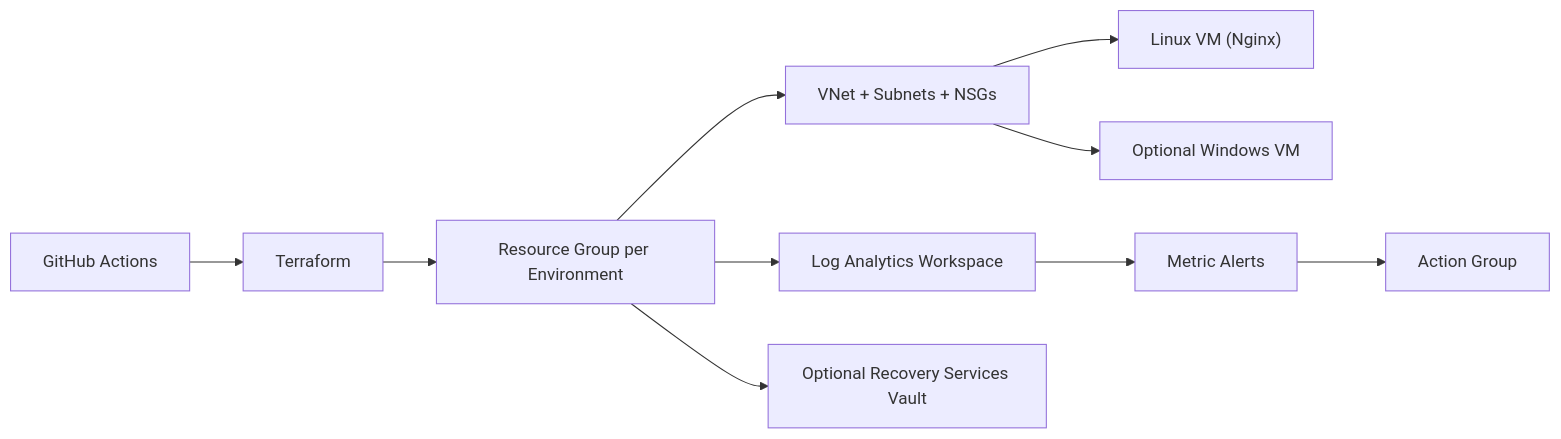
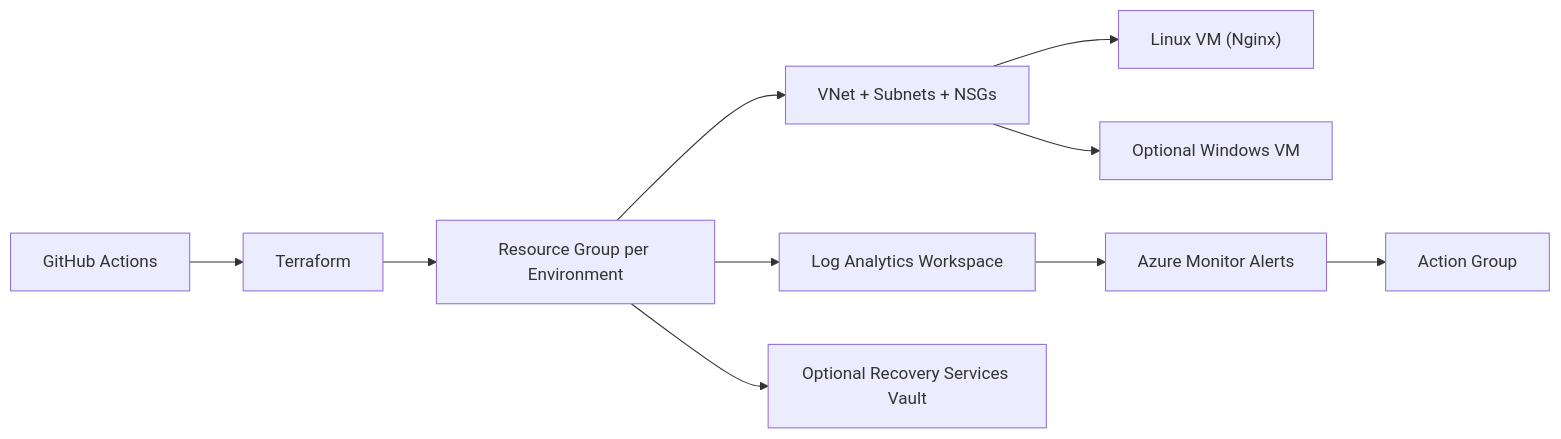
One commit to eugenyefimov/Project-Azure-Production-Ready-Infrastructure---Incident-Response-Platform changed the diagram in README.md. Above: the diagram before and after it, drawn with Mermaid. The commit also changed other lines of this file and 36 other files, not shown here.

````diff
--- a/README.md
+++ b/README.md
@@ -84,12 +41,12 @@
 ```mermaid
 flowchart LR
   GH["GitHub Actions"] --> TF["Terraform"];
   TF --> RG["Resource Group per Environment"];
   RG --> VNET["VNet + Subnets + NSGs"];
   VNET --> LINUX["Linux VM (Nginx)"];
   VNET --> WIN["Optional Windows VM"];
   RG --> LAW["Log Analytics Workspace"];
-  LAW --> ALERTS["Metric Alerts"];
+  LAW --> ALERTS["Azure Monitor Alerts"];
   ALERTS --> AG["Action Group"];
   RG --> RSV["Optional Recovery Services Vault"];
 ```
````
